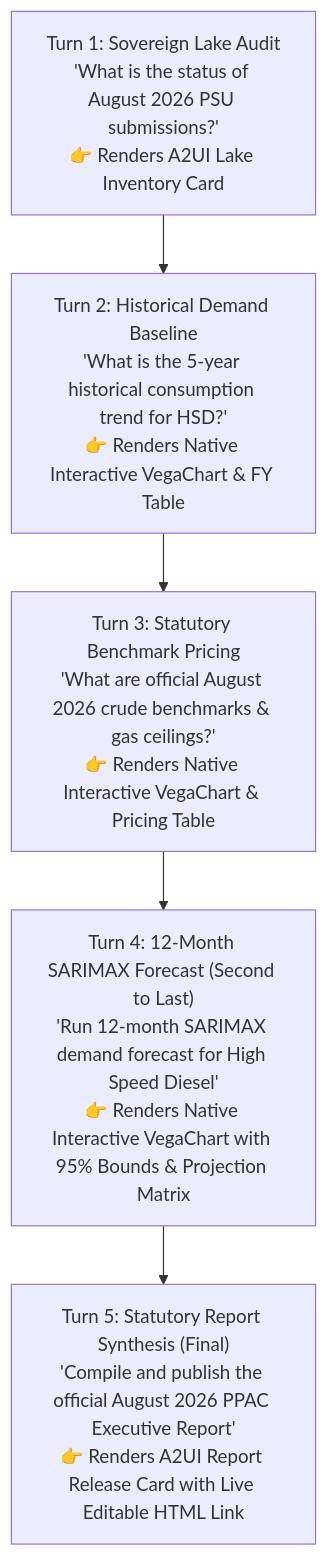
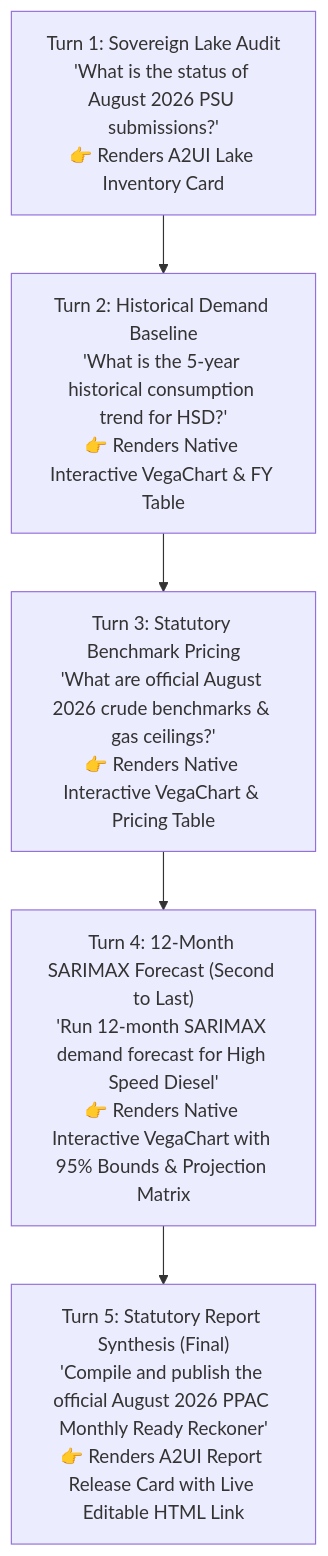
The diagram in README.md (amandeepsinghs-cyber/ppac-energy-intelligence-agent), drawn with Mermaid before and after one commit. The commit also changed other lines of this file and 12 other files, not shown here.

````diff
--- a/README.md
+++ b/README.md
@@ -118,10 +118,10 @@
 ```mermaid
 flowchart TD
     Turn1["Turn 1: Sovereign Lake Audit\n'What is the status of August 2026 PSU submissions?'\n👉 Renders A2UI Lake Inventory Card"]
     Turn2["Turn 2: Historical Demand Baseline\n'What is the 5-year historical consumption trend for HSD?'\n👉 Renders Native Interactive VegaChart & FY Table"]
     Turn3["Turn 3: Statutory Benchmark Pricing\n'What are official August 2026 crude benchmarks & gas ceilings?'\n👉 Renders Native Interactive VegaChart & Pricing Table"]
     Turn4["Turn 4: 12-Month SARIMAX Forecast (Second to Last)\n'Run 12-month SARIMAX demand forecast for High Speed Diesel'\n👉 Renders Native Interactive VegaChart with 95% Bounds & Projection Matrix"]
-    Turn5["Turn 5: Statutory Report Synthesis (Final)\n'Compile and publish the official August 2026 PPAC Executive Report'\n👉 Renders A2UI Report Release Card with Live Editable HTML Link"]
+    Turn5["Turn 5: Statutory Report Synthesis (Final)\n'Compile and publish the official August 2026 PPAC Monthly Ready Reckoner'\n👉 Renders A2UI Report Release Card with Live Editable HTML Link"]
 
     Turn1 --> Turn2 --> Turn3 --> Turn4 --> Turn5
 ```
````
